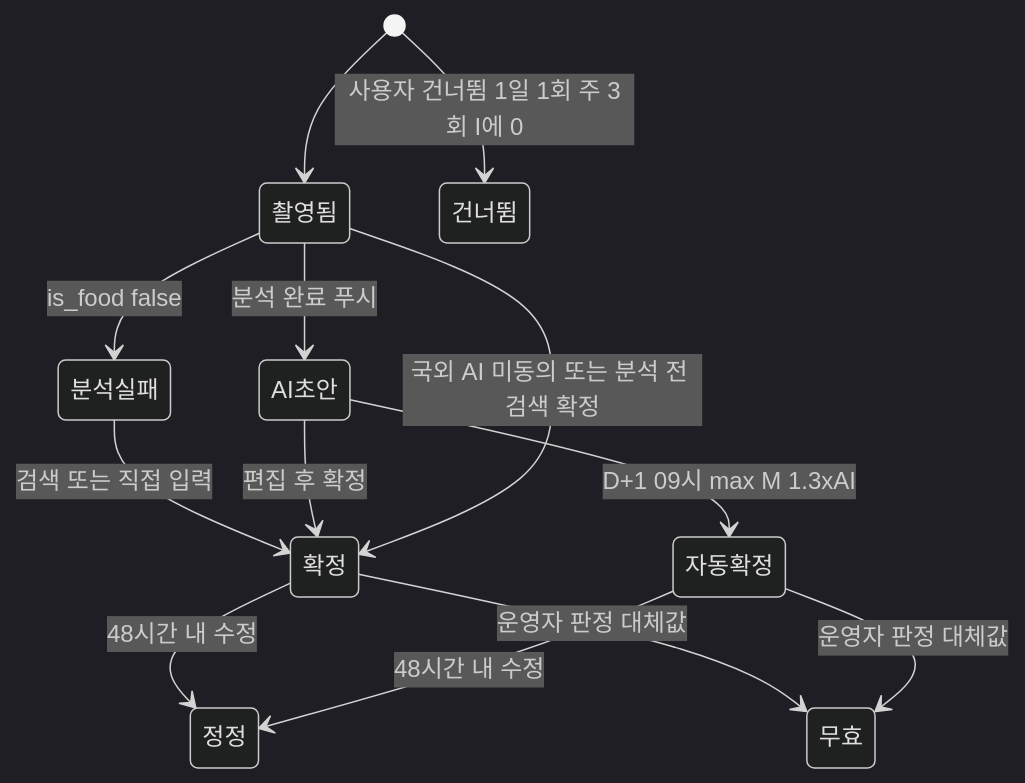
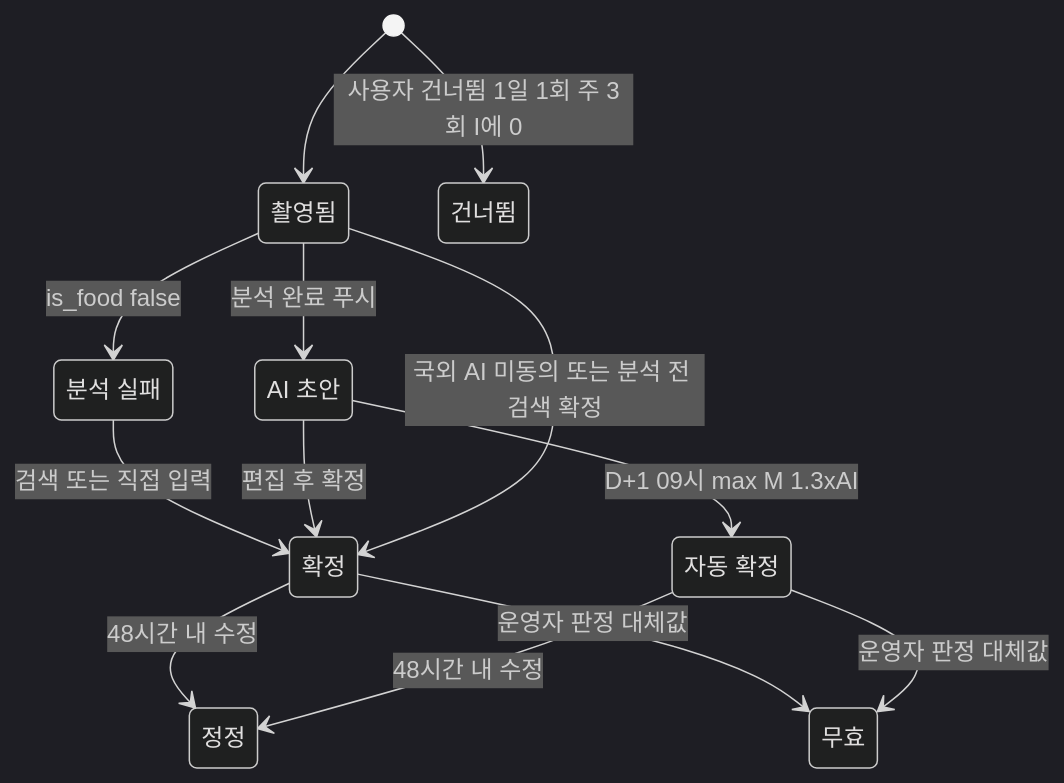
The second of 2 diagrams in docs/04-칼로리-엔진-및-순위-규칙.md (Davvyy/WOW), drawn with Mermaid (dark theme) before and after one commit. The commit also changed other lines of this file and 5 other files, not shown here.

````diff
--- a/docs/04-칼로리-엔진-및-순위-규칙.md
+++ b/docs/04-칼로리-엔진-및-순위-규칙.md
@@ -141,15 +142,18 @@
 ```mermaid
 stateDiagram-v2
+    state "AI 초안" as AI초안
+    state "분석 실패" as 분석실패
+    state "자동 확정" as 자동확정
     [*] --> 촬영됨
     촬영됨 --> AI초안 : 분석 완료 푸시
     촬영됨 --> 분석실패 : is_food false
     분석실패 --> 확정 : 검색 또는 직접 입력
     AI초안 --> 확정 : 편집 후 확정
     AI초안 --> 자동확정 : D+1 09시 max M 1.3xAI
     확정 --> 정정 : 48시간 내 수정
     자동확정 --> 정정 : 48시간 내 수정
     확정 --> 무효 : 운영자 판정 대체값
     [*] --> 건너뜀 : 사용자 건너뜀 1일 1회 주 3회 I에 0
     촬영됨 --> 확정 : 국외 AI 미동의 또는 분석 전 검색 확정
     자동확정 --> 무효 : 운영자 판정 대체값
 ```
````
